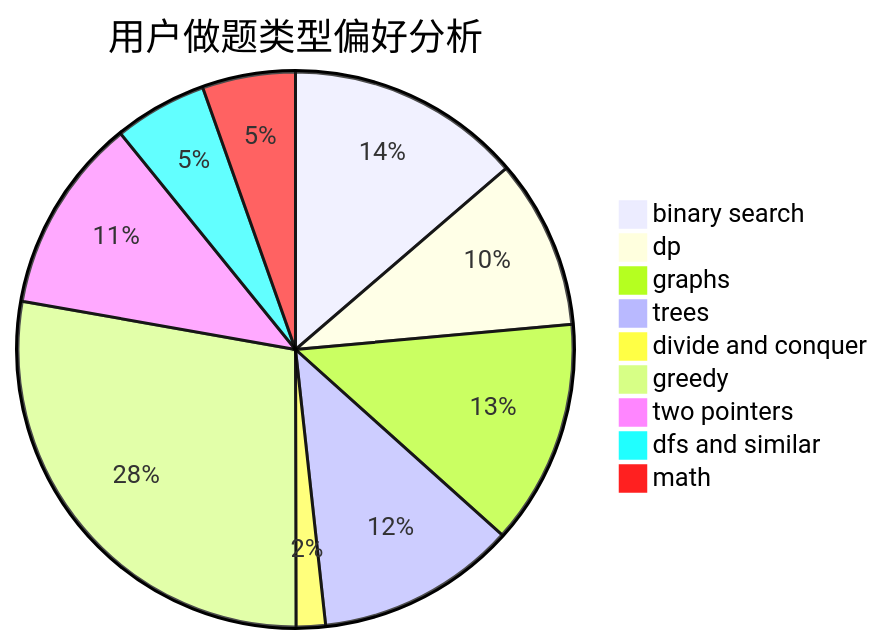
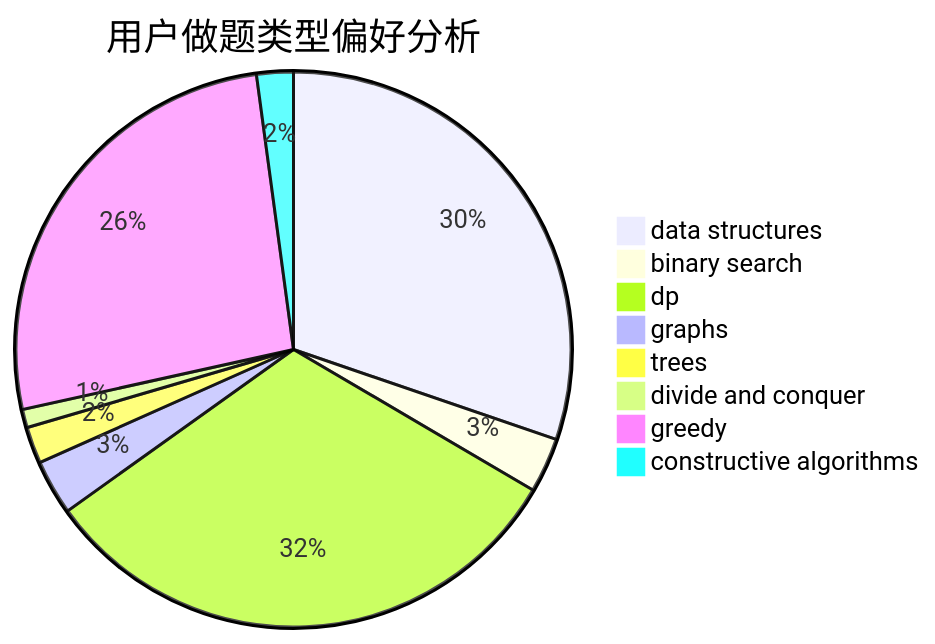
One commit to sherpahu/cfrs.github.io changed the second of 3 diagrams in docs/user/u2496.md. Above: the diagram before and after it, drawn with Mermaid. The commit also changed other lines of this file and 2775 other files, not shown here.

````diff
--- a/docs/user/u2496.md
+++ b/docs/user/u2496.md
@@ -23,12 +23,11 @@
 ```mermaid
 pie title 用户做题类型偏好分析
-    "binary search" :  225
-    "dp" :  162
-    "graphs" :  215
-    "trees" :  191
-    "divide and conquer" :  28
-    "greedy" :  457
-    "two pointers" :  187
-    "dfs and similar" :  89
-    "math" :  89
+    "data structures" :  85
+    "binary search" :  9
+    "dp" :  89
+    "graphs" :  9
+    "trees" :  6
+    "divide and conquer" :  3
+    "greedy" :  74
+    "constructive algorithms" :  6
 ```
````
